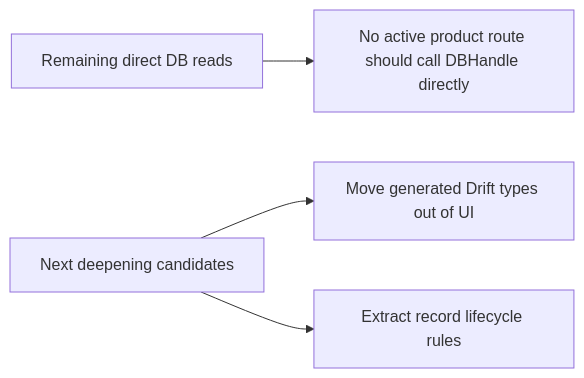
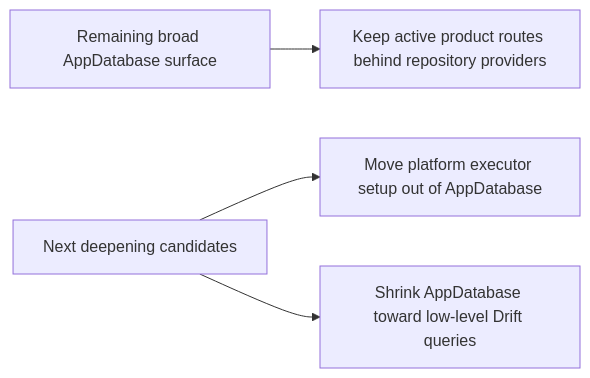
One commit to Guoyuer/eventTracker changed the fifth of 5 diagrams in docs/architecture/module-flow.md. Above: the diagram before and after it, drawn with Mermaid. The commit also changed other lines of this file and 9 other files, not shown here.

Commit message:
Move database wiring into persistence providers

````diff
--- a/docs/architecture/module-flow.md
+++ b/docs/architecture/module-flow.md
@@ -106,9 +114,9 @@
 ```mermaid
 flowchart LR
-  DirectDB["Remaining direct DB reads"]
-  DirectDB --> Settings["No active product route should call DBHandle directly"]
+  DirectDB["Remaining broad AppDatabase surface"]
+  DirectDB --> Persistence["Keep active product routes behind repository providers"]
 
   Next["Next deepening candidates"]
-  Next --> ReadModels["Move generated Drift types out of UI"]
-  Next --> Lifecycle["Extract record lifecycle rules"]
+  Next --> Bootstrap["Move platform executor setup out of AppDatabase"]
+  Next --> Queries["Shrink AppDatabase toward low-level Drift queries"]
 ```
````
